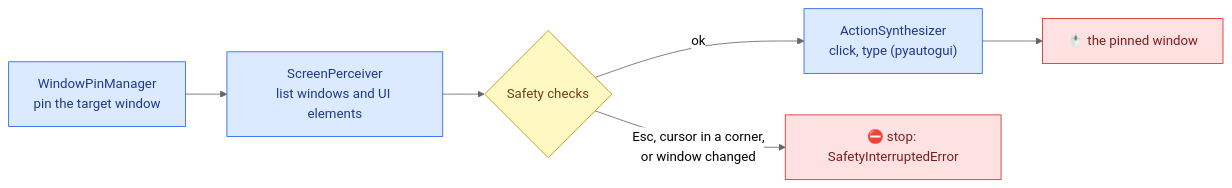
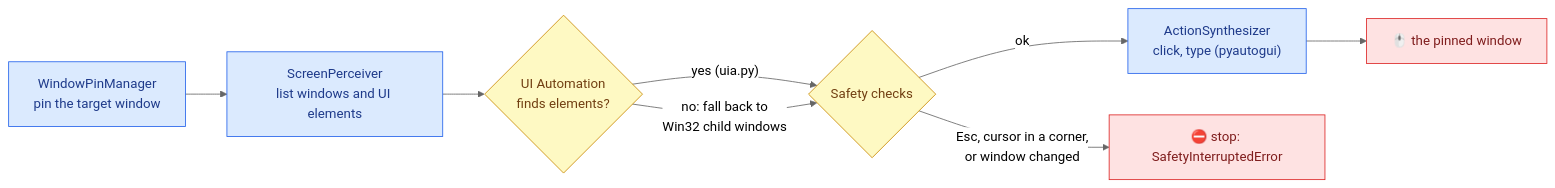
The fifth of 5 diagrams in docs/ARCHITECTURE.md (luisenriquecgongora/emiliano), drawn with Mermaid (neutral theme) before and after one commit. The commit also changed other lines of this file and 1 other file, not shown here.

Commit message:
docs: map UI Automation perception

````diff
--- a/docs/ARCHITECTURE.md
+++ b/docs/ARCHITECTURE.md
@@ -163,15 +163,17 @@
 ```mermaid
 flowchart LR
     pin["WindowPinManager<br/>pin the target window"] --> see["ScreenPerceiver<br/>list windows and UI elements"]
-    see --> act{"Safety checks"}
+    see --> uia{"UI Automation<br/>finds elements?"}
+    uia -->|"yes (uia.py)"| act{"Safety checks"}
+    uia -->|"no: fall back to<br/>Win32 child windows"| act
     act -->|ok| do["ActionSynthesizer<br/>click, type (pyautogui)"]
     act -->|"Esc, cursor in a corner,<br/>or window changed"| stop["⛔ stop: SafetyInterruptedError"]
     do --> screen["🖱️ the pinned window"]
 
     classDef ours fill:#dbeafe,stroke:#2563eb,color:#1e3a8a
     classDef gate fill:#fef9c3,stroke:#ca8a04,color:#713f12
     classDef risk fill:#fee2e2,stroke:#dc2626,color:#7f1d1d
     class pin,see,do ours
-    class act gate
+    class act,uia gate
     class stop,screen risk
 ```
````
